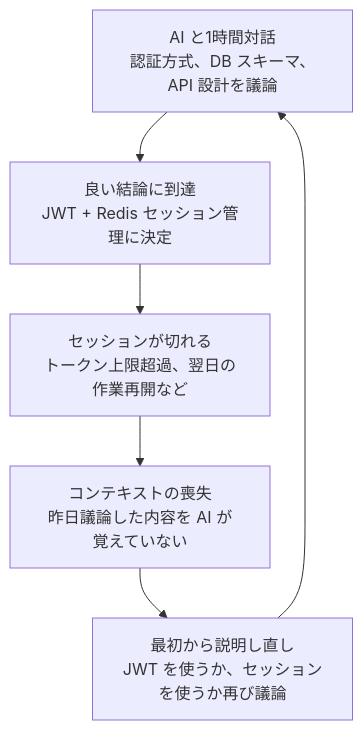
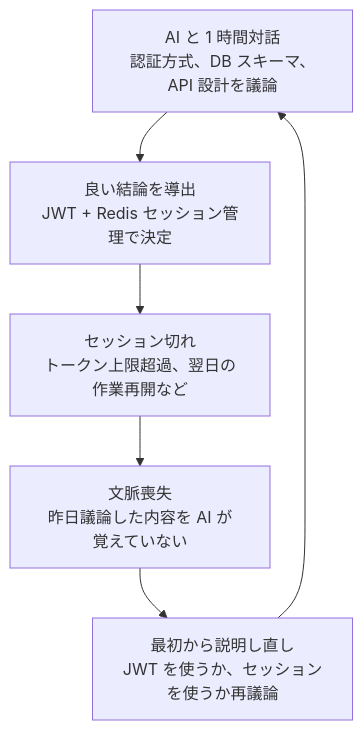
Before and after one commit to modu-ai/moai-adk: the first of 5 diagrams in docs-site/content/ja/core-concepts/spec-based-dev.md, drawn with Mermaid. The commit also changed other lines of this file and 180 other files, not shown here.

````diff
--- a/docs-site/content/ja/core-concepts/spec-based-dev.md
+++ b/docs-site/content/ja/core-concepts/spec-based-dev.md
@@ -40,8 +46,8 @@
 ```mermaid
 flowchart TD
-    A["AI と1時間対話\n認証方式、DB スキーマ、API 設計を議論"] --> B["良い結論に到達\nJWT + Redis セッション管理に決定"]
-    B --> C["セッションが切れる\nトークン上限超過、翌日の作業再開など"]
-    C --> D["コンテキストの喪失\n昨日議論した内容を AI が覚えていない"]
-    D --> E["最初から説明し直し\nJWT を使うか、セッションを使うか再び議論"]
+    A["AI と 1 時間対話\n認証方式、DB スキーマ、API 設計を議論"] --> B["良い結論を導出\nJWT + Redis セッション管理で決定"]
+    B --> C["セッション切れ\nトークン上限超過、翌日の作業再開など"]
+    C --> D["文脈喪失\n昨日議論した内容を AI が覚えていない"]
+    D --> E["最初から説明し直し\nJWT を使うか、セッションを使うか再議論"]
     E --> A
 ```
````
